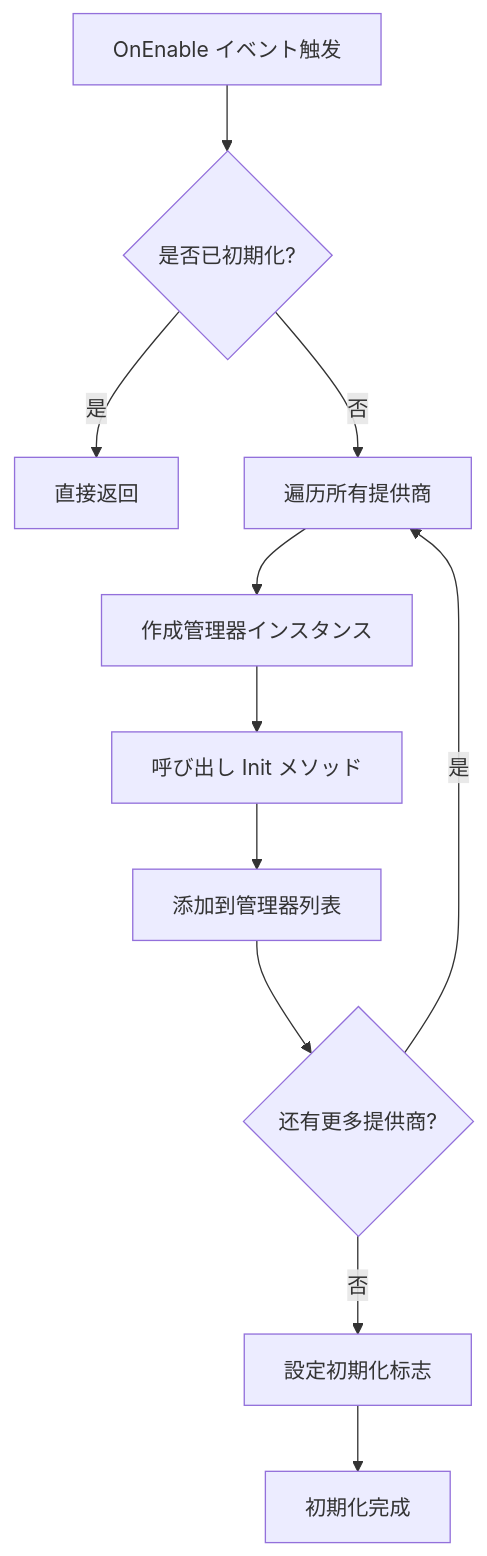
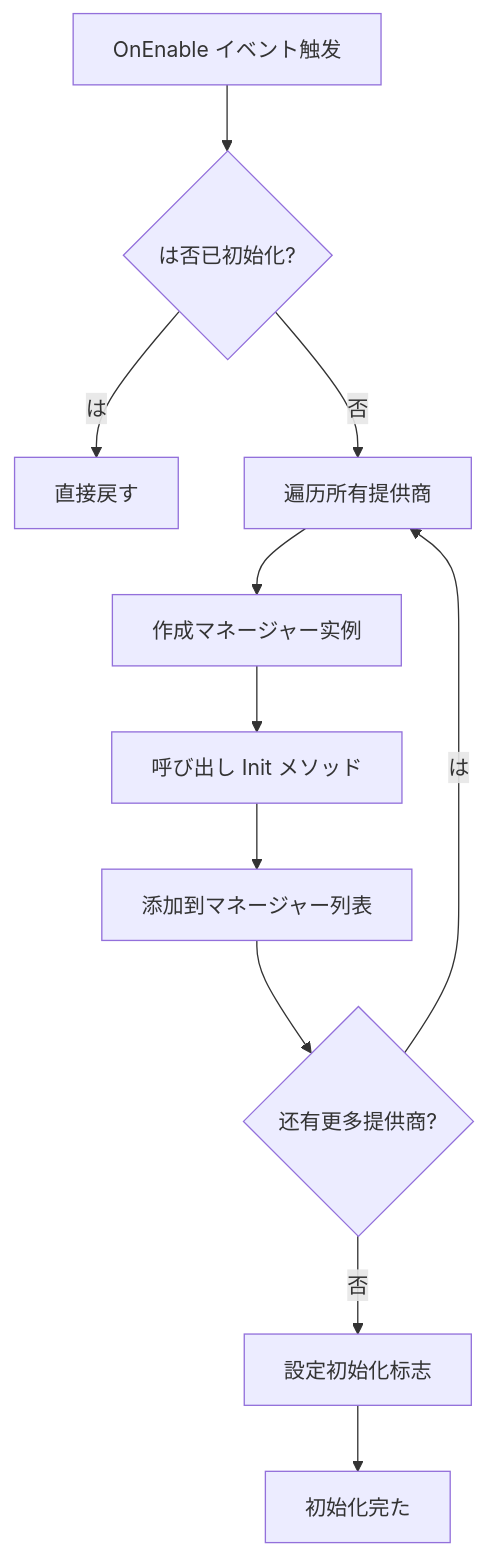
One commit to AlianBlank/GameFrameX.Docs changed the third of 5 diagrams in docs/ja/client/unity/component/gameanalytics/04.features.md. Above: the diagram before and after it, drawn with Mermaid. The commit also changed other lines of this file and 320 other files, not shown here.

````diff
--- a/docs/ja/client/unity/component/gameanalytics/04.features.md
+++ b/docs/ja/client/unity/component/gameanalytics/04.features.md
@@ -137,13 +137,13 @@
 ```mermaid
 flowchart TD
-    Start[OnEnable イベント触发] --> Check{是否已初期化?}
-    Check -->|是| Return[直接返回]
+    Start[OnEnable イベント触发] --> Check{は否已初始化?}
+    Check -->|は| Return[直接戻す]
     Check -->|否| Loop[遍历所有提供商]
-    Loop --> Create[作成管理器インスタンス]
+    Loop --> Create[作成マネージャー实例]
     Create --> Init[呼び出し Init メソッド]
-    Init --> Add[添加到管理器列表]
+    Init --> Add[添加到マネージャー列表]
     Add --> More{还有更多提供商?}
-    More -->|是| Loop
-    More -->|否| SetFlag[設定初期化标志]
-    SetFlag --> End[初期化完成]
+    More -->|は| Loop
+    More -->|否| SetFlag[設定初始化标志]
+    SetFlag --> End[初始化完た]
 ```
````
